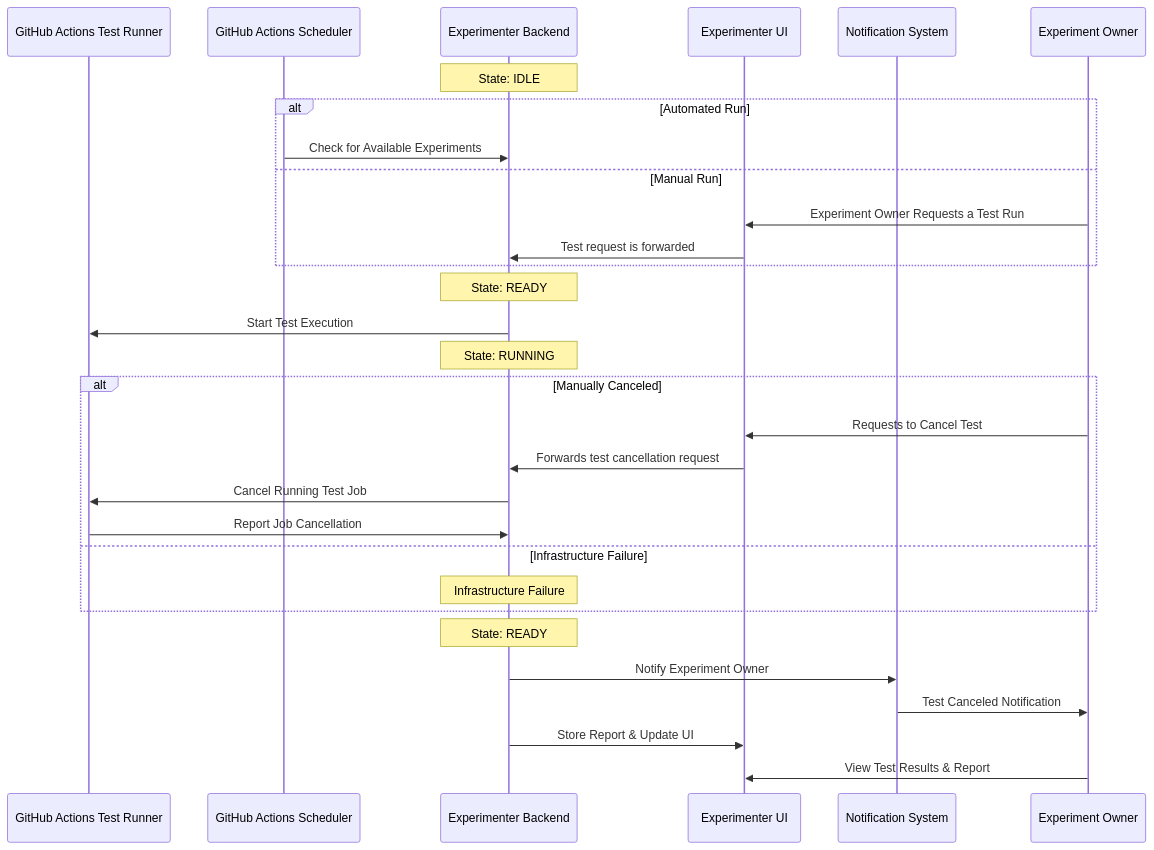
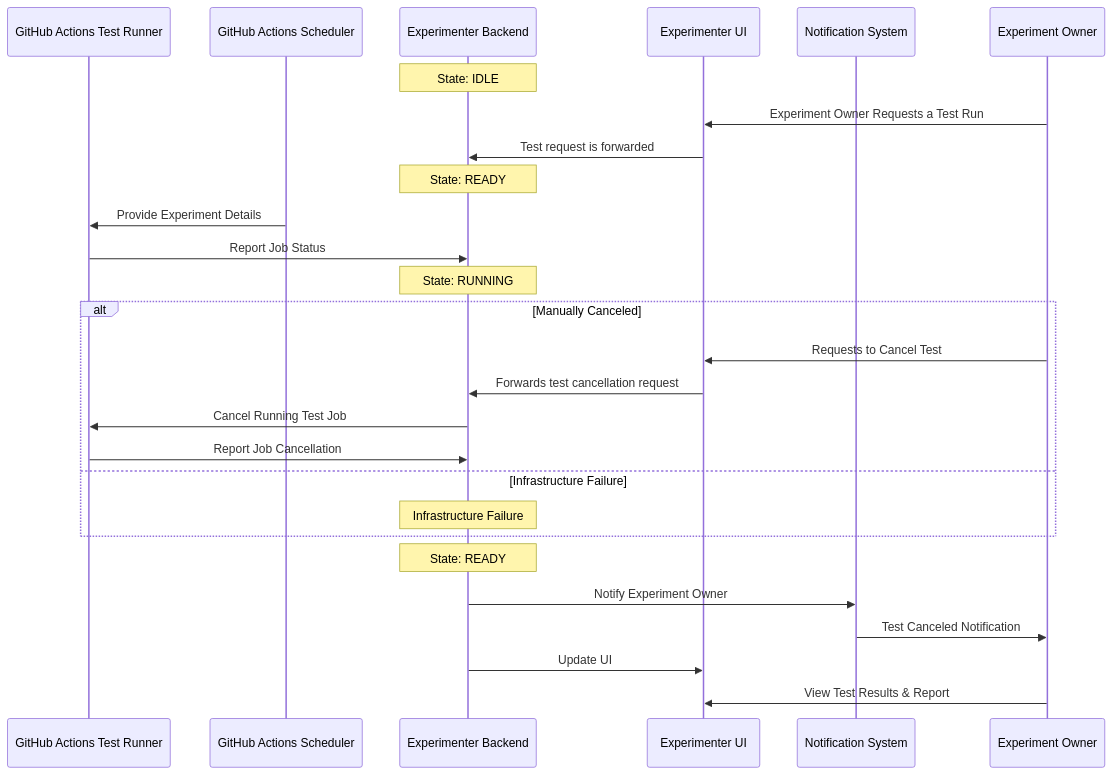
One commit to mozilla/klaatu changed the fifth of 5 diagrams in docs/sequences.md. Above: the diagram before and after it, drawn with Mermaid. The commit also changed other lines of this file, not shown here.

Commit message:
Remove extra diagrams and redo flows.

````diff
--- a/docs/sequences.md
+++ b/docs/sequences.md
@@ -176,34 +104,31 @@
 ```mermaid
     sequenceDiagram
         participant GitHub Actions Test Runner
         participant GitHub Actions Scheduler
         participant Experimenter Backend
         participant Experimenter UI
         participant Notification System
         participant Experiment Owner
 
         Note over Experimenter Backend: State: IDLE
-        alt Automated Run
-            GitHub Actions Scheduler ->> Experimenter Backend: Check for Available Experiments
-        else Manual Run
-            Experiment Owner ->> Experimenter UI: Experiment Owner Requests a Test Run
-            Experimenter UI ->> Experimenter Backend: Test request is forwarded
-        end
+        Experiment Owner ->> Experimenter UI: Experiment Owner Requests a Test Run
+        Experimenter UI ->> Experimenter Backend: Test request is forwarded
         Note over Experimenter Backend: State: READY
-        Experimenter Backend ->> GitHub Actions Test Runner: Start Test Execution
+        GitHub Actions Scheduler ->> GitHub Actions Test Runner: Provide Experiment Details
+        GitHub Actions Test Runner ->> Experimenter Backend: Report Job Status
         Note over Experimenter Backend: State: RUNNING
         alt Manually Canceled
             Experiment Owner ->> Experimenter UI: Requests to Cancel Test
             Experimenter UI ->> Experimenter Backend: Forwards test cancellation request
             Experimenter Backend ->> GitHub Actions Test Runner: Cancel Running Test Job
             GitHub Actions Test Runner ->> Experimenter Backend: Report Job Cancellation
         else Infrastructure Failure
             Note over Experimenter Backend: Infrastructure Failure
         end
         Note over Experimenter Backend: State: READY
         Experimenter Backend ->> Notification System: Notify Experiment Owner
         Notification System ->> Experiment Owner: Test Canceled Notification
-        Experimenter Backend ->> Experimenter UI: Store Report & Update UI
+        Experimenter Backend ->> Experimenter UI: Update UI
         Experiment Owner ->> Experimenter UI: View Test Results & Report
 
 ```
````
